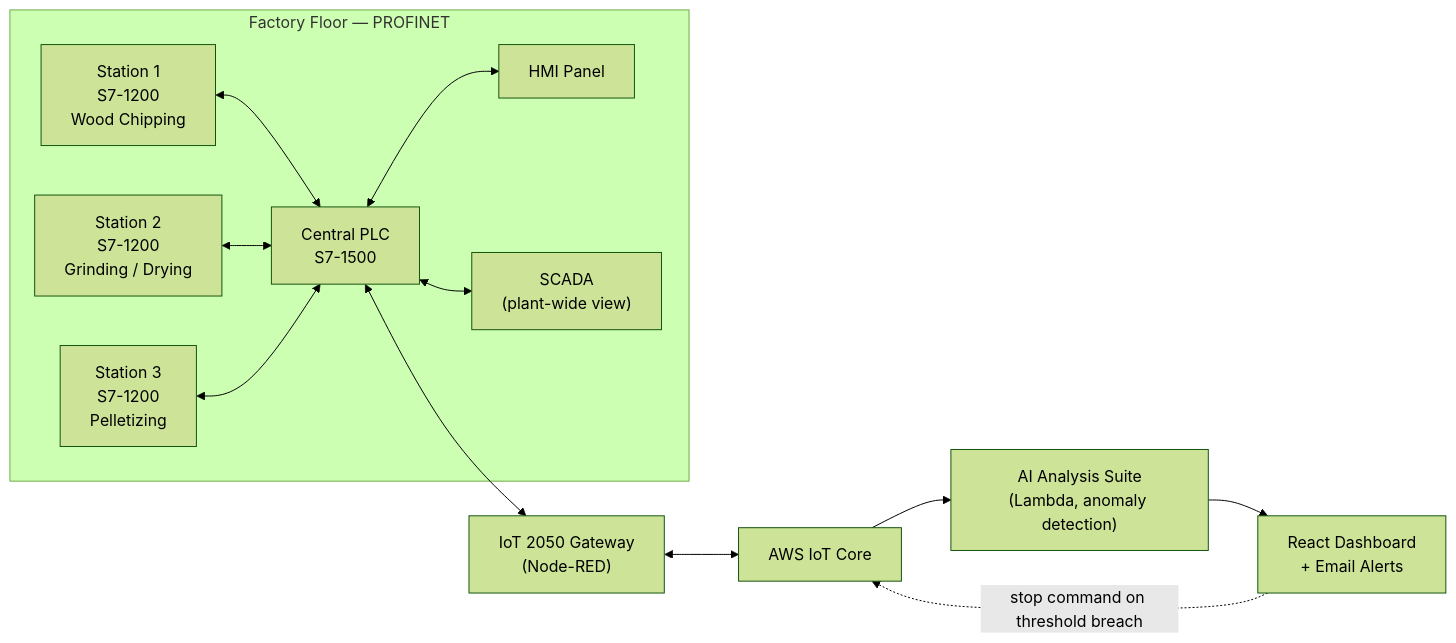
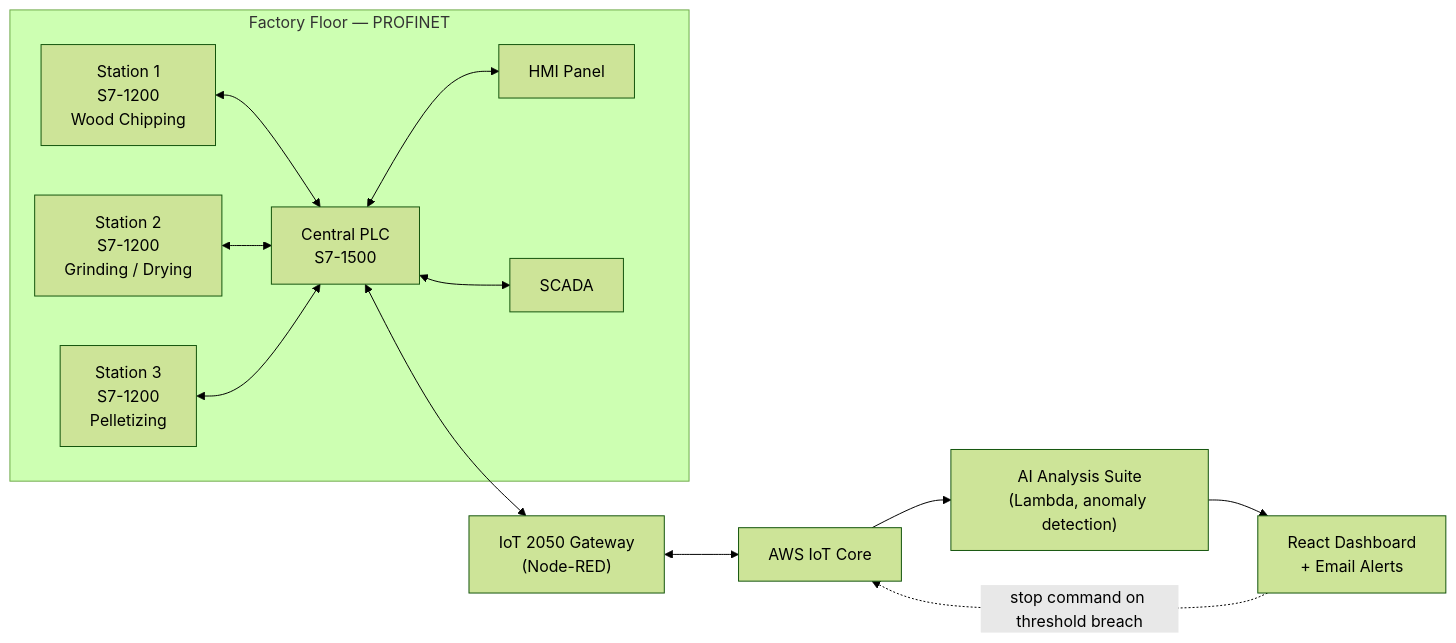
One commit to BaoNe004/ByteMe-Industry-4.0-Smart-Wood-Pellet-Factory changed the diagram in README.md. Above: the diagram before and after it, drawn with Mermaid (forest theme). The commit also changed other lines of this file, not shown here.

First line of the commit message:
Revise SCADA entry and update performance details

````diff
--- a/README.md
+++ b/README.md
@@ -19,27 +19,27 @@
 ```mermaid
 flowchart LR
     subgraph OT["Factory Floor — PROFINET"]
         S1["Station 1<br/>S7-1200<br/>Wood Chipping"]
         S2["Station 2<br/>S7-1200<br/>Grinding / Drying"]
         S3["Station 3<br/>S7-1200<br/>Pelletizing"]
         C["Central PLC<br/>S7-1500"]
         HMI["HMI Panel"]
-        SCADA["SCADA<br/>(plant-wide view)"]
+        SCADA["SCADA<br/>"]
         S1 <--> C
         S2 <--> C
         S3 <--> C
         C <--> HMI
         C <--> SCADA
     end
 
     IOT["IoT 2050 Gateway<br/>(Node-RED)"]
     AWS["AWS IoT Core"]
     AI["AI Analysis Suite<br/>(Lambda, anomaly detection)"]
     DASH["React Dashboard<br/>+ Email Alerts"]
 
     C <--> IOT
     IOT <--> AWS
     AWS --> AI
     AI --> DASH
     DASH -. "stop command on threshold breach" .-> AWS
 ```
````
